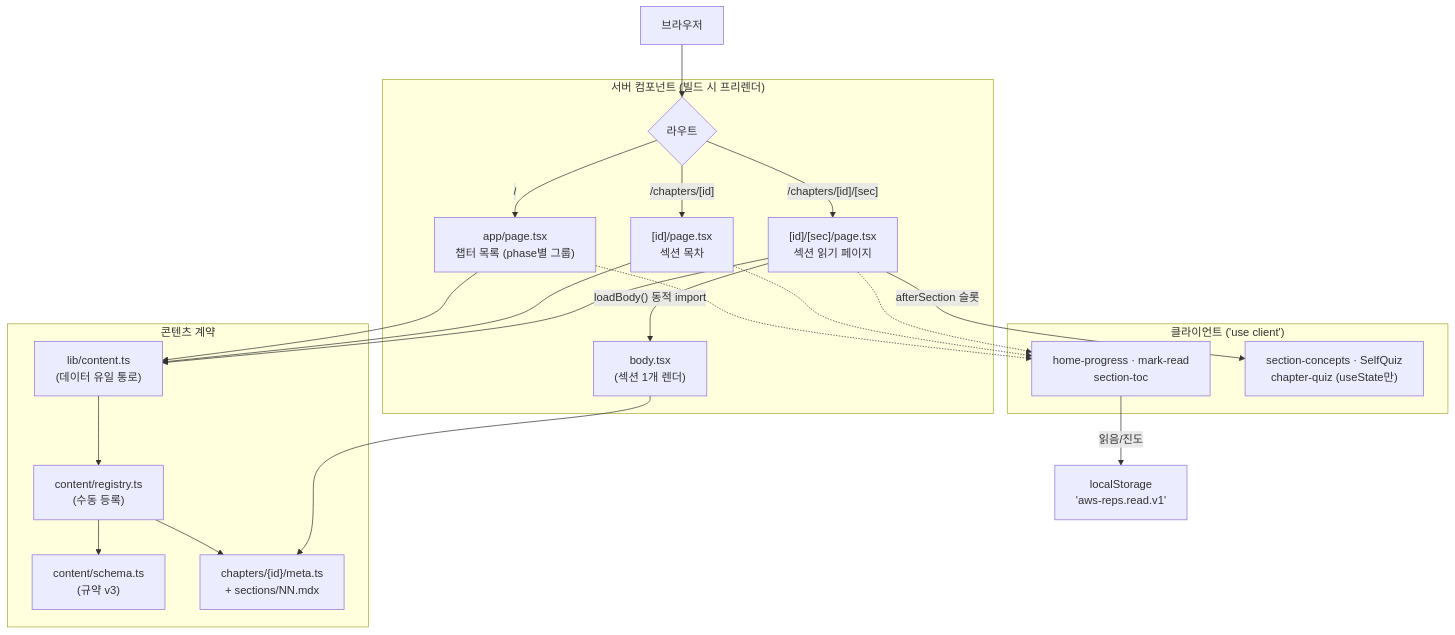
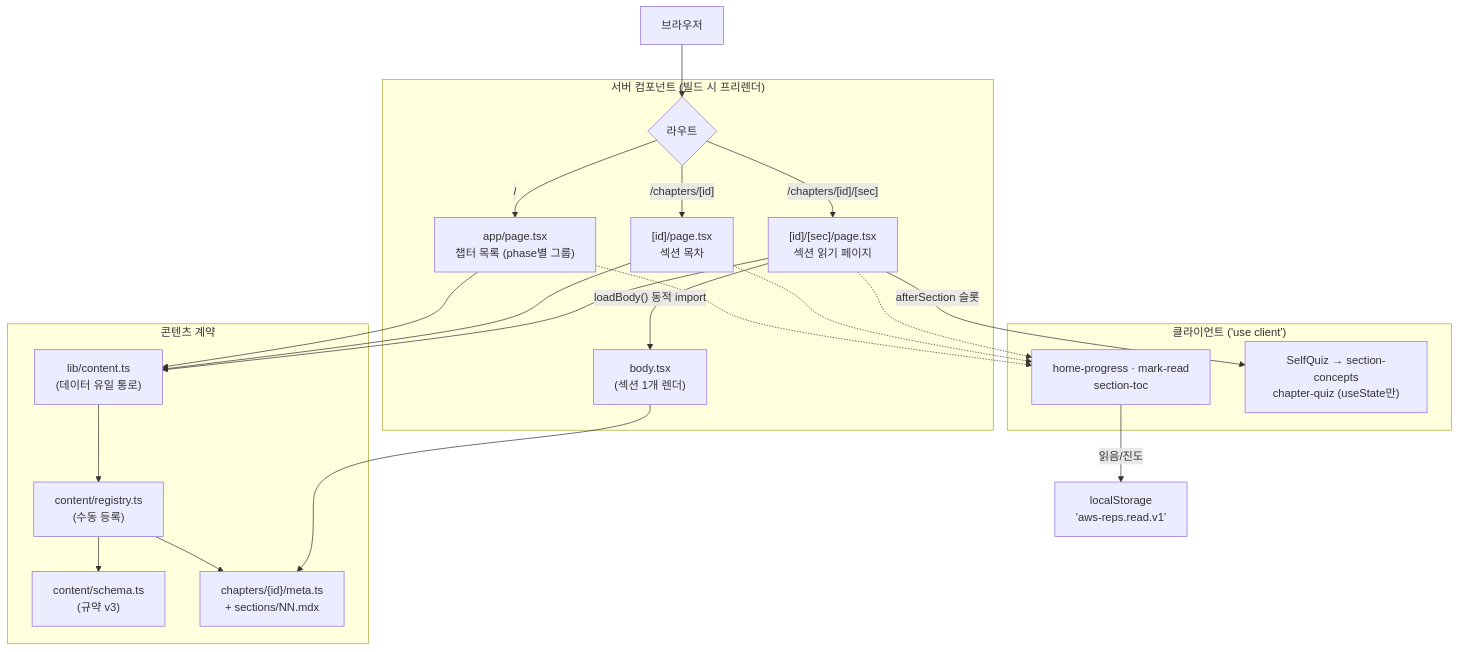
The second of 4 diagrams in docs/ARCHITECTURE.md (padahkim/aws-reps), drawn with Mermaid before and after one commit. The commit also changed other lines of this file, not shown here.

First line of the commit message:
docs(architecture): refresh facts stale within hours of landing

````diff
--- a/docs/ARCHITECTURE.md
+++ b/docs/ARCHITECTURE.md
@@ -70,34 +70,34 @@
 ```mermaid
 flowchart TD
   browser["브라우저"] --> route
 
   subgraph server["서버 컴포넌트 (빌드 시 프리렌더)"]
     route{"라우트"}
     route -->|"/"| home["app/page.tsx<br/>챕터 목록 (phase별 그룹)"]
     route -->|"/chapters/[id]"| toc["[id]/page.tsx<br/>섹션 목차"]
     route -->|"/chapters/[id]/[sec]"| sec["[id]/[sec]/page.tsx<br/>섹션 읽기 페이지"]
     sec -->|"loadBody() 동적 import"| body["body.tsx<br/>(섹션 1개 렌더)"]
   end
 
   subgraph content["콘텐츠 계약"]
     lib["lib/content.ts<br/>(데이터 유일 통로)"] --> registry["content/registry.ts<br/>(수동 등록)"]
     registry --> schema["content/schema.ts<br/>(규약 v3)"]
     registry --> meta["chapters/{id}/meta.ts<br/>+ sections/NN.mdx"]
   end
 
   home --> lib
   toc --> lib
   sec --> lib
   body --> meta
 
   subgraph client["클라이언트 ('use client')"]
     prog["home-progress · mark-read<br/>section-toc"]
-    learn["section-concepts · SelfQuiz<br/>chapter-quiz (useState만)"]
+    learn["SelfQuiz → section-concepts<br/>chapter-quiz (useState만)"]
   end
 
   home -.-> prog
   toc -.-> prog
   sec -.-> prog
   sec -->|"afterSection 슬롯"| learn
   prog -->|"읽음/진도"| ls["localStorage<br/>'aws-reps.read.v1'"]
 ```
````
